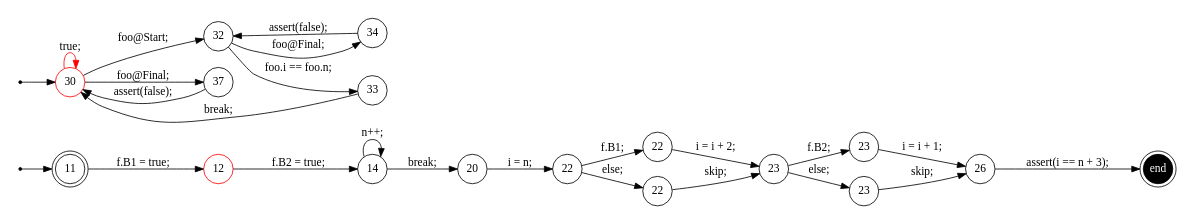
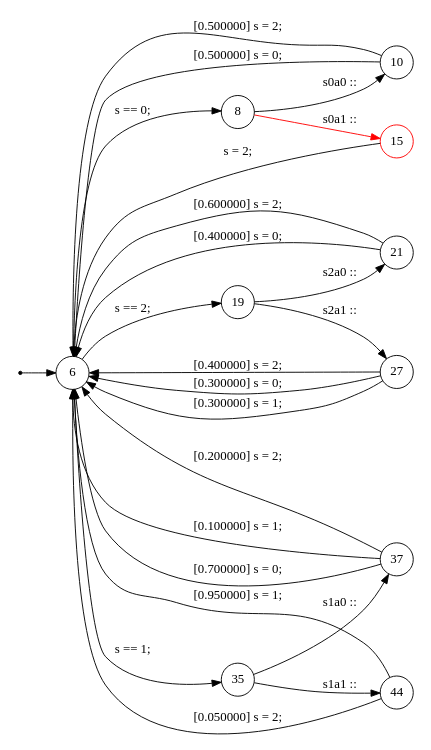
One commit to samilazregsuidi/Daedalux changed the diagram in trace/2.dot. Above: the diagram before and after it, drawn with Graphviz. The commit also changed 277 other files, not shown here.

```diff
--- a/trace/2.dot
+++ b/trace/2.dot
@@ -1,48 +1,39 @@
 digraph finite_state_machine {
 	rankdir=LR
 	size="8,5"
-	93824993311008 [label = 11, shape = doublecircle, fixedsize = true]; 
-	s93824993311008 [shape = point];
-	93824993307216 [label = 30, shape = doublecircle, color = red, fixedsize = true]; 
-	s93824993307216 [shape = point];
-	e93824993306544 [shape = doublecircle, fixedsize = true, style = filled, fillcolor = black, fontcolor = white,  label = end];
-	 93824993312480 [label = 12, shape = circle, color = red, fixedsize = true ];
-	 93824993302560 [label = 14, shape = circle, fixedsize = true ];
-	 93824993303360 [label = 20, shape = circle, fixedsize = true ];
-	 93824993303680 [label = 22, shape = circle, fixedsize = true ];
-	 93824993304480 [label = 22, shape = circle, fixedsize = true ];
-	 93824993305200 [label = 22, shape = circle, fixedsize = true ];
-	 93824993304992 [label = 23, shape = circle, fixedsize = true ];
-	 93824993306032 [label = 23, shape = circle, fixedsize = true ];
-	 93824993306752 [label = 23, shape = circle, fixedsize = true ];
-	 93824993306544 [label = 26, shape = circle, fixedsize = true ];
-	 93824993307216 [label = 30, shape = circle, color = red, fixedsize = true ];
-	 93824993307984 [label = 32, shape = circle, fixedsize = true ];
-	 93824993308816 [label = 33, shape = circle, fixedsize = true ];
-	 93824993309536 [label = 34, shape = circle, fixedsize = true ];
-	 93824993310048 [label = 37, shape = circle, fixedsize = true ];
-	s93824993311008 -> 93824993311008;
-	s93824993307216 -> 93824993307216;
-	93824993311008 -> 93824993312480 [ label = "f.B1 = true; "];
-	93824993312480 -> 93824993302560 [ label = "f.B2 = true; "];
-	93824993302560 -> 93824993303360 [ label = "break; "];
-	93824993302560 -> 93824993302560 [ label = "n++; "];
-	93824993303360 -> 93824993303680 [ label = "i = n; "];
-	93824993303680 -> 93824993304480 [ label = "f.B1; "];
-	93824993304480 -> 93824993304992 [ label = "i = i + 2; "];
-	93824993303680 -> 93824993305200 [ label = "else; "];
-	93824993305200 -> 93824993304992 [ label = "skip; "];
-	93824993304992 -> 93824993306032 [ label = "f.B2; "];
-	93824993306032 -> 93824993306544 [ label = "i = i + 1; "];
-	93824993304992 -> 93824993306752 [ label = "else; "];
-	93824993306752 -> 93824993306544 [ label = "skip; "];
-	93824993306544 -> e93824993306544 [ label = "assert(i == n + 3); "];
-	93824993307216 -> 93824993307984 [ label = "foo@Start; "];
-	93824993307984 -> 93824993308816 [ label = "foo.i == foo.n; "];
-	93824993308816 -> 93824993307216 [ label = "break; "];
-	93824993307984 -> 93824993309536 [ label = "foo@Final; "];
-	93824993309536 -> 93824993307984 [ label = "assert(false); "];
-	93824993307216 -> 93824993310048 [ label = "foo@Final; "];
-	93824993310048 -> 93824993307216 [ label = "assert(false); "];
-	93824993307216 -> 93824993307216 [color = red, label = "true; "];
+	93824993319552 [label = 6, shape = doublecircle, fixedsize = true]; 
+	s93824993319552 [shape = point];
+	 93824993319552 [label = 6, shape = circle, fixedsize = true ];
+	 93824993310416 [label = 8, shape = circle, fixedsize = true ];
+	 93824993310976 [label = 10, shape = circle, fixedsize = true ];
+	 93824993312496 [label = 15, shape = circle, color = red, fixedsize = true ];
+	 93824993312944 [label = 19, shape = circle, fixedsize = true ];
+	 93824993313712 [label = 21, shape = circle, fixedsize = true ];
+	 93824993315232 [label = 27, shape = circle, fixedsize = true ];
+	 93824993316688 [label = 35, shape = circle, fixedsize = true ];
+	 93824993317632 [label = 37, shape = circle, fixedsize = true ];
+	 93824993325184 [label = 44, shape = circle, fixedsize = true ];
+	s93824993319552 -> 93824993319552;
+	93824993319552 -> 93824993310416 [ label = "s == 0; "];
+	93824993310416 -> 93824993310976 [ label = "s0a0 :: "];
+	93824993310976 -> 93824993319552 [ label = " [0.500000] s = 0; "];
+	93824993310976 -> 93824993319552 [ label = " [0.500000] s = 2; "];
+	93824993310416 -> 93824993312496 [color = red, label = "s0a1 :: "];
+	93824993312496 -> 93824993319552 [ label = "s = 2; "];
+	93824993319552 -> 93824993312944 [ label = "s == 2; "];
+	93824993312944 -> 93824993313712 [ label = "s2a0 :: "];
+	93824993313712 -> 93824993319552 [ label = " [0.400000] s = 0; "];
+	93824993313712 -> 93824993319552 [ label = " [0.600000] s = 2; "];
+	93824993312944 -> 93824993315232 [ label = "s2a1 :: "];
+	93824993315232 -> 93824993319552 [ label = " [0.400000] s = 2; "];
+	93824993315232 -> 93824993319552 [ label = " [0.300000] s = 0; "];
+	93824993315232 -> 93824993319552 [ label = " [0.300000] s = 1; "];
+	93824993319552 -> 93824993316688 [ label = "s == 1; "];
+	93824993316688 -> 93824993317632 [ label = "s1a0 :: "];
+	93824993317632 -> 93824993319552 [ label = " [0.100000] s = 1; "];
+	93824993317632 -> 93824993319552 [ label = " [0.700000] s = 0; "];
+	93824993317632 -> 93824993319552 [ label = " [0.200000] s = 2; "];
+	93824993316688 -> 93824993325184 [ label = "s1a1 :: "];
+	93824993325184 -> 93824993319552 [ label = " [0.950000] s = 1; "];
+	93824993325184 -> 93824993319552 [ label = " [0.050000] s = 2; "];
 }
```
